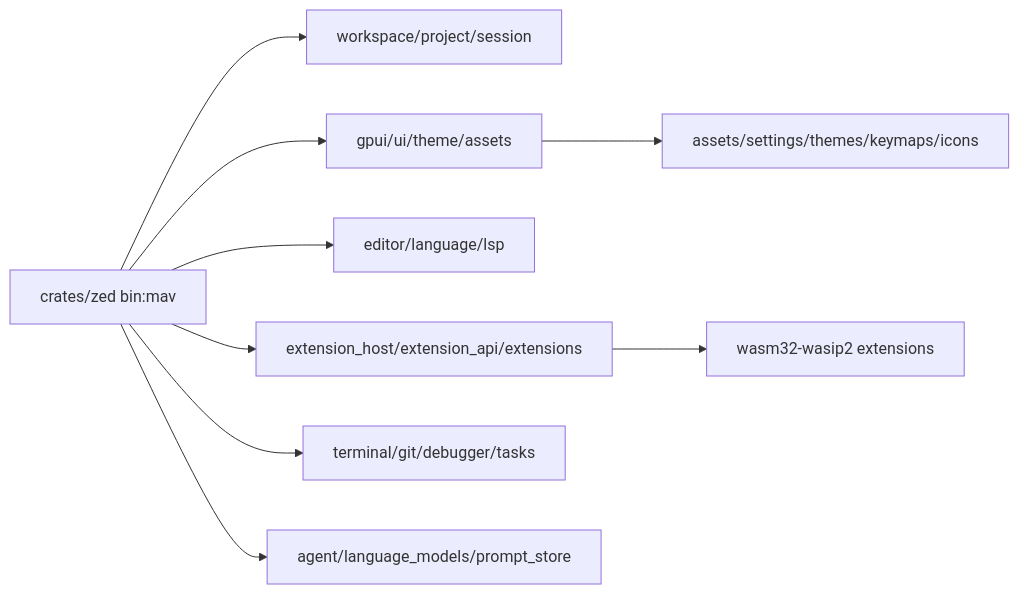
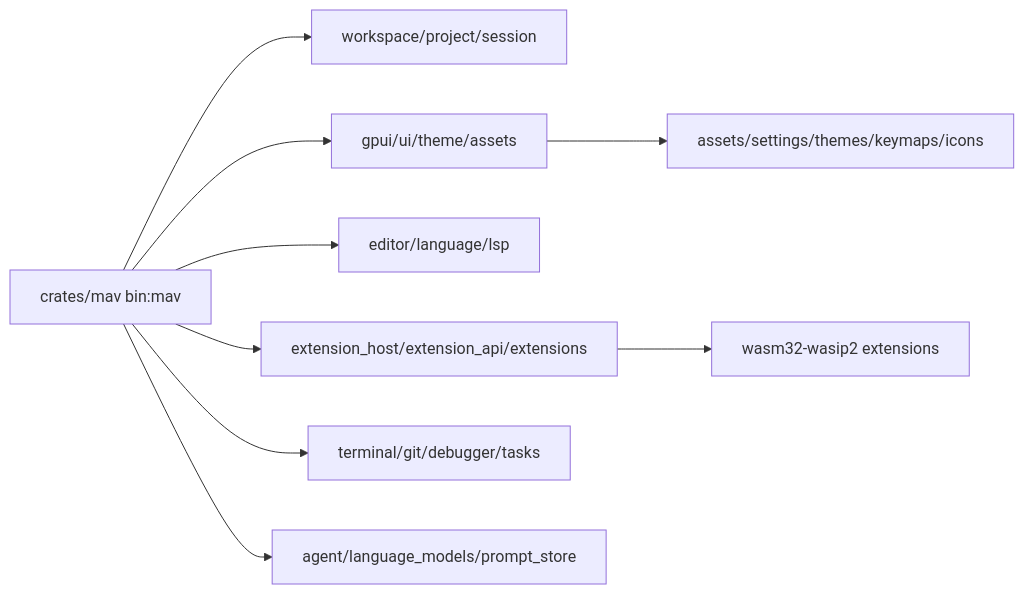
The diagram in docs/architecture.md (dotbrains/mav), drawn with Mermaid before and after one commit. The commit also changed other lines of this file and 282 other files, not shown here.

````diff
--- a/docs/architecture.md
+++ b/docs/architecture.md
@@ -5,11 +5,11 @@
 ```mermaid
 flowchart LR
-  mav["crates/zed bin:mav"] --> workspace["workspace/project/session"]
+  mav["crates/mav bin:mav"] --> workspace["workspace/project/session"]
   mav --> ui["gpui/ui/theme/assets"]
   mav --> editor["editor/language/lsp"]
   mav --> ext["extension_host/extension_api/extensions"]
   mav --> tools["terminal/git/debugger/tasks"]
   mav --> ai["agent/language_models/prompt_store"]
   ext --> wasm["wasm32-wasip2 extensions"]
   ui --> assets["assets/settings/themes/keymaps/icons"]
 ```
````
